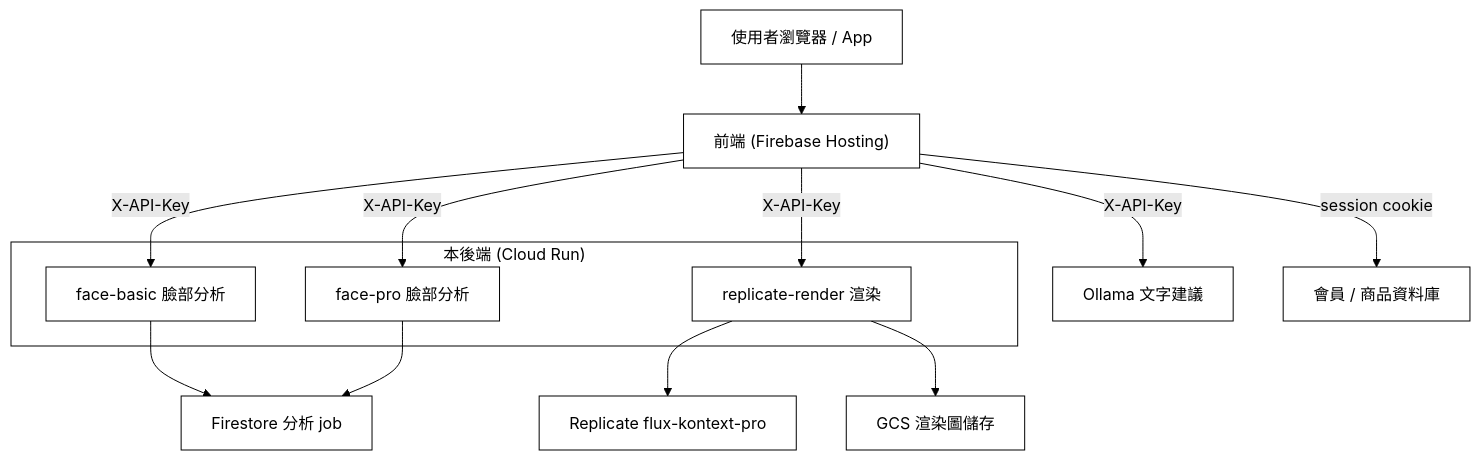
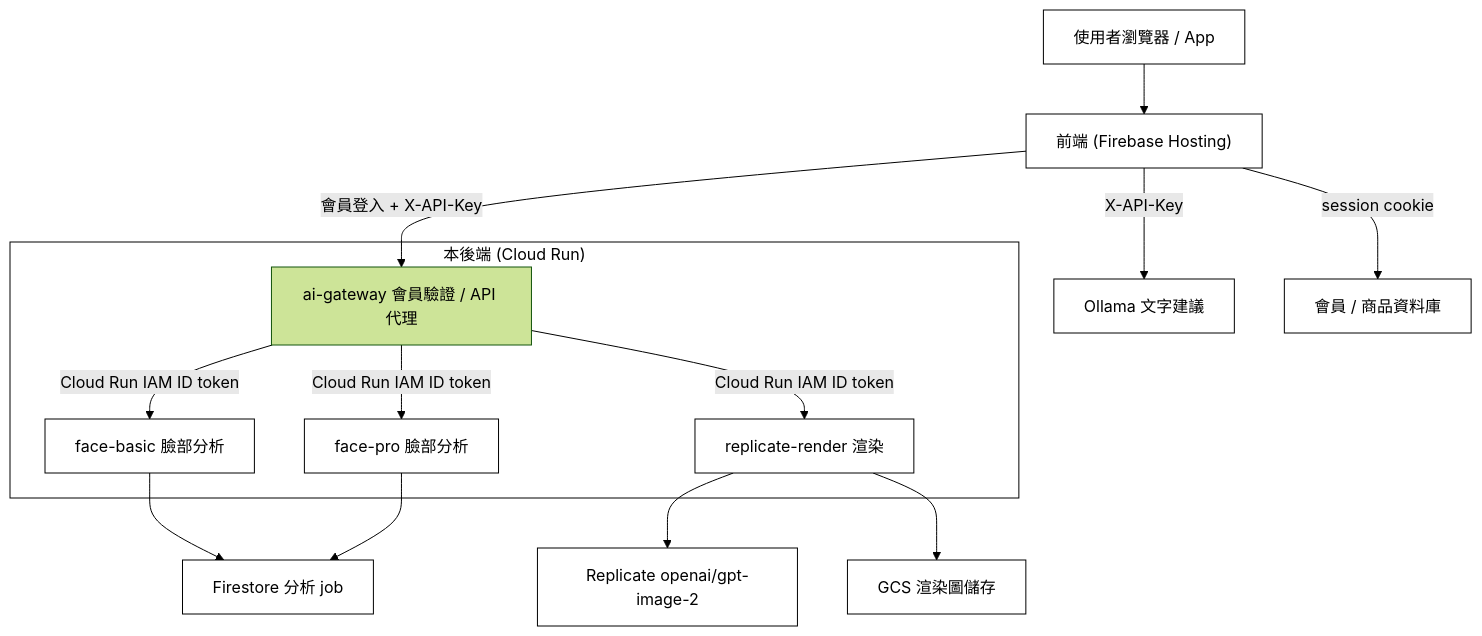
One commit to vivi930319/DecorateMeAI changed the diagram in README.md. Above: the diagram before and after it, drawn with Mermaid (forest theme). The commit also changed other lines of this file and 11 other files, not shown here.

````diff
--- a/README.md
+++ b/README.md
@@ -16,29 +16,31 @@
 ```mermaid
 flowchart TB
   classDef n fill:#ffffff,stroke:#000000,color:#000000;
   U["使用者瀏覽器 / App"]
   FE["前端 (Firebase Hosting)"]
   subgraph BE["本後端 (Cloud Run)"]
+    GW["ai-gateway 會員驗證 / API 代理"]
     FB["face-basic 臉部分析"]
     FP["face-pro 臉部分析"]
     RD["replicate-render 渲染"]
   end
   OLL["Ollama 文字建議"]
   MDB["會員 / 商品資料庫"]
-  REP["Replicate flux-kontext-pro"]
+  REP["Replicate openai/gpt-image-2"]
   GCS["GCS 渲染圖儲存"]
   FS["Firestore 分析 job"]
 
   U --> FE
-  FE -->|X-API-Key| FB
-  FE -->|X-API-Key| FP
-  FE -->|X-API-Key| RD
+  FE -->|會員登入 + X-API-Key| GW
+  GW -->|Cloud Run IAM ID token| FB
+  GW -->|Cloud Run IAM ID token| FP
+  GW -->|Cloud Run IAM ID token| RD
   FE -->|X-API-Key| OLL
   FE -->|session cookie| MDB
   FB --> FS
   FP --> FS
   RD --> REP
   RD --> GCS
   class U,FE,FB,FP,RD,OLL,MDB,REP,GCS,FS n;
   style BE fill:#ffffff,stroke:#000000,color:#000000;
 ```
````
